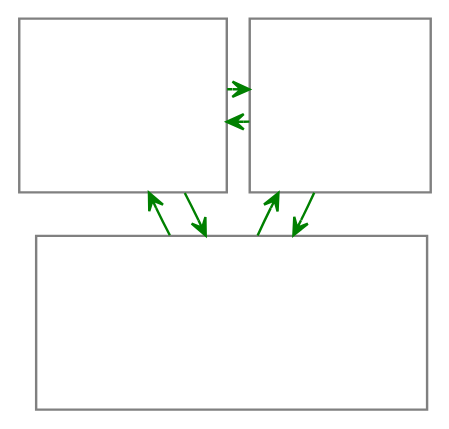
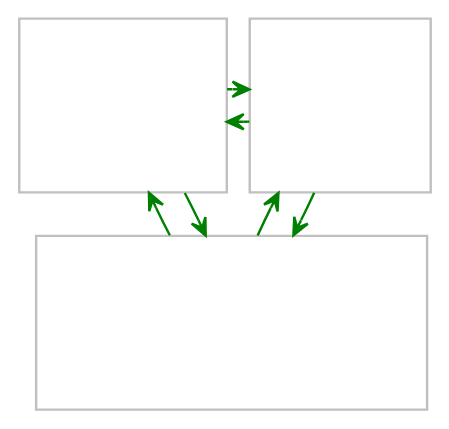
Before and after one commit to dgudim2/obsidian_vault: the first of 3 diagrams in uni/Computer architecture/Processor.md, drawn with Graphviz. The commit also changed other lines of this file and 9 other files, not shown here.

````diff
--- a/uni/Computer architecture/Processor.md
+++ b/uni/Computer architecture/Processor.md
@@ -20,27 +20,27 @@
 ```dot 
 digraph D {
 
 bgcolor="transparent" 
 color=gray
 
 graph[layout=neato]
 
 fontcolor=green
 
-node[shape=rect, width=1, height=1, color=gray, fontcolor=white]
+node[shape=rect, width=1, height=1, color=silver, fontcolor=white]
 
 processor [pos="0,1.25!"]
 memory [pos="1.25,1.25!"]
 
 node[width=2.25, height=1]
 "I/O facilities" [pos="0.625,0!"]
 
 
 edge[arrowhead=vee, arrowsize=.7, color=green]
 processor -> {memory, "I/O facilities"}
 memory -> {processor, "I/O facilities"}
 
 "I/O facilities" -> {"processor", "memory"}
 
 }
 ```
````
